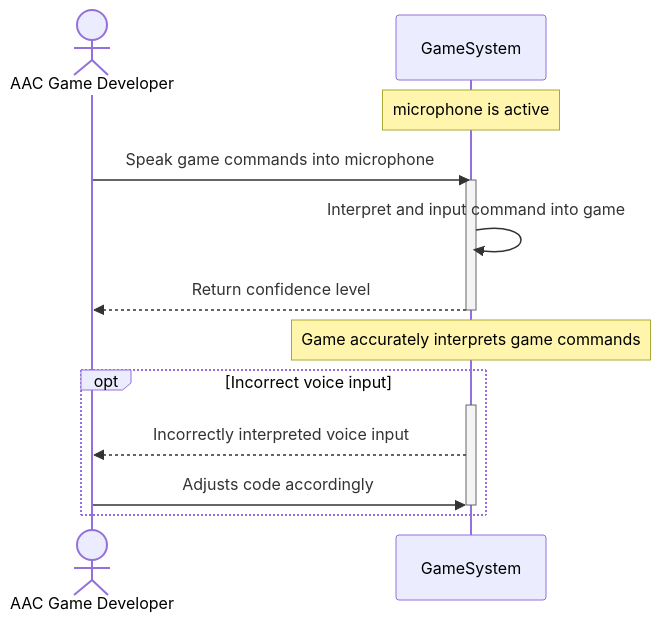
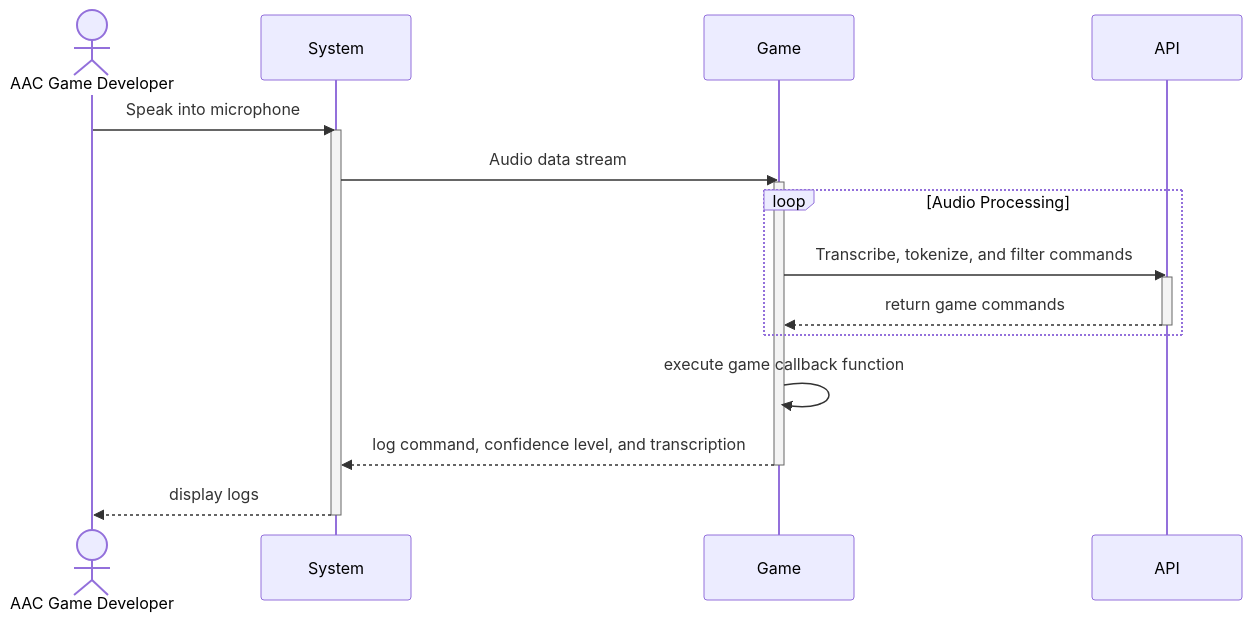
The eighth of 8 diagrams in documentation/docs/system-architecture/sequence-diagrams.md (Capstone-Projects-2025-Fall/project-001-aac-api), drawn with Mermaid before and after one commit. The commit also changed other lines of this file, not shown here.

Commit message:
update Sequence Diagram 8

````diff
--- a/documentation/docs/system-architecture/sequence-diagrams.md
+++ b/documentation/docs/system-architecture/sequence-diagrams.md
@@ -353,23 +353,23 @@
 ```mermaid
 sequenceDiagram
     actor AAC Game Developer
-    participant GameSystem
-    
-    Note over GameSystem: microphone is active
-    
-    AAC Game Developer ->> GameSystem: Speak game commands into microphone
-    activate GameSystem
-    GameSystem ->> GameSystem: Interpret and input command into game
-    GameSystem -->> AAC Game Developer: Return confidence level
-    deactivate GameSystem
-    
-    Note over GameSystem: Game accurately interprets game commands
-    
-    opt Incorrect voice input
-        activate GameSystem
-        GameSystem -->> AAC Game Developer: Incorrectly interpreted voice input
-        AAC Game Developer ->> GameSystem: Adjusts code accordingly
-        deactivate GameSystem
+    participant System
+    participant Game
+    participant API
+        
+    AAC Game Developer ->> System: Speak into microphone
+    activate System
+    System ->> Game: Audio data stream
+    activate Game
+    loop Audio Processing
+        Game ->> API: Transcribe, tokenize, and filter commands
+        activate API
+        API -->> Game: return game commands
+        deactivate API
     end
-
+    Game ->> Game: execute game callback function
+    Game -->> System: log command, confidence level, and transcription
+    deactivate Game
+    System -->> AAC Game Developer: display logs
+    deactivate System
 ```
````
